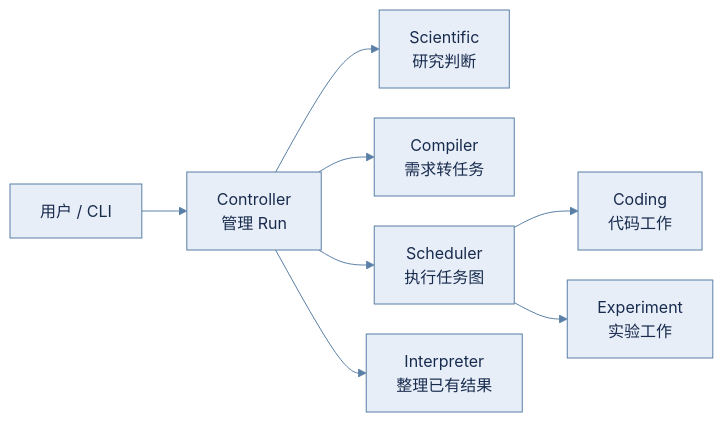
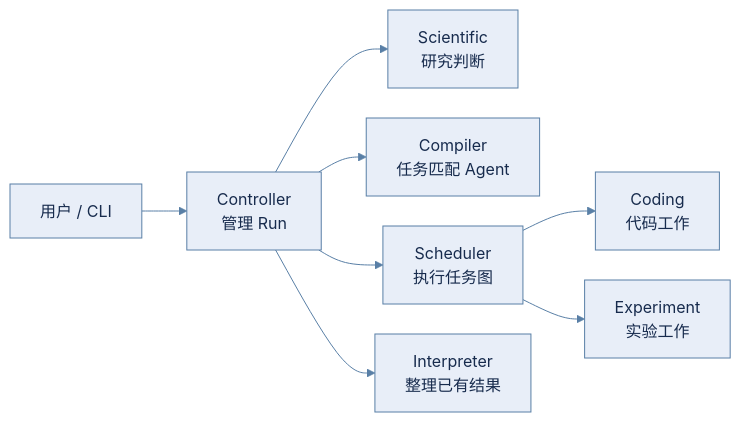
The first of 2 diagrams in docs/current/ARCHITECTURE.md (ylc123456789/ResAgent2), drawn with Mermaid before and after one commit. The commit also changed other lines of this file and 91 other files, not shown here.

````diff
--- a/docs/current/ARCHITECTURE.md
+++ b/docs/current/ARCHITECTURE.md
@@ -26,11 +26,11 @@
 ```mermaid
 %%{init: {"theme": "base", "themeVariables": {"primaryColor": "#e8eef8", "primaryTextColor": "#172b4d", "primaryBorderColor": "#597fa6", "lineColor": "#597fa6", "textColor": "#172b4d", "edgeLabelBackground": "#ffffff"}, "flowchart": {"nodeSpacing": 30, "rankSpacing": 45}}}%%
 flowchart LR
     Entry[用户 / CLI] --> Controller[Controller<br/>管理 Run]
     Controller --> Scientific[Scientific<br/>研究判断]
-    Controller --> Compiler[Compiler<br/>需求转任务]
+    Controller --> Compiler[Compiler<br/>任务匹配 Agent]
     Controller --> Scheduler[Scheduler<br/>执行任务图]
     Controller --> Interpreter[Interpreter<br/>整理已有结果]
     Scheduler --> Coding[Coding<br/>代码工作]
     Scheduler --> Experiment[Experiment<br/>实验工作]
 ```
````
